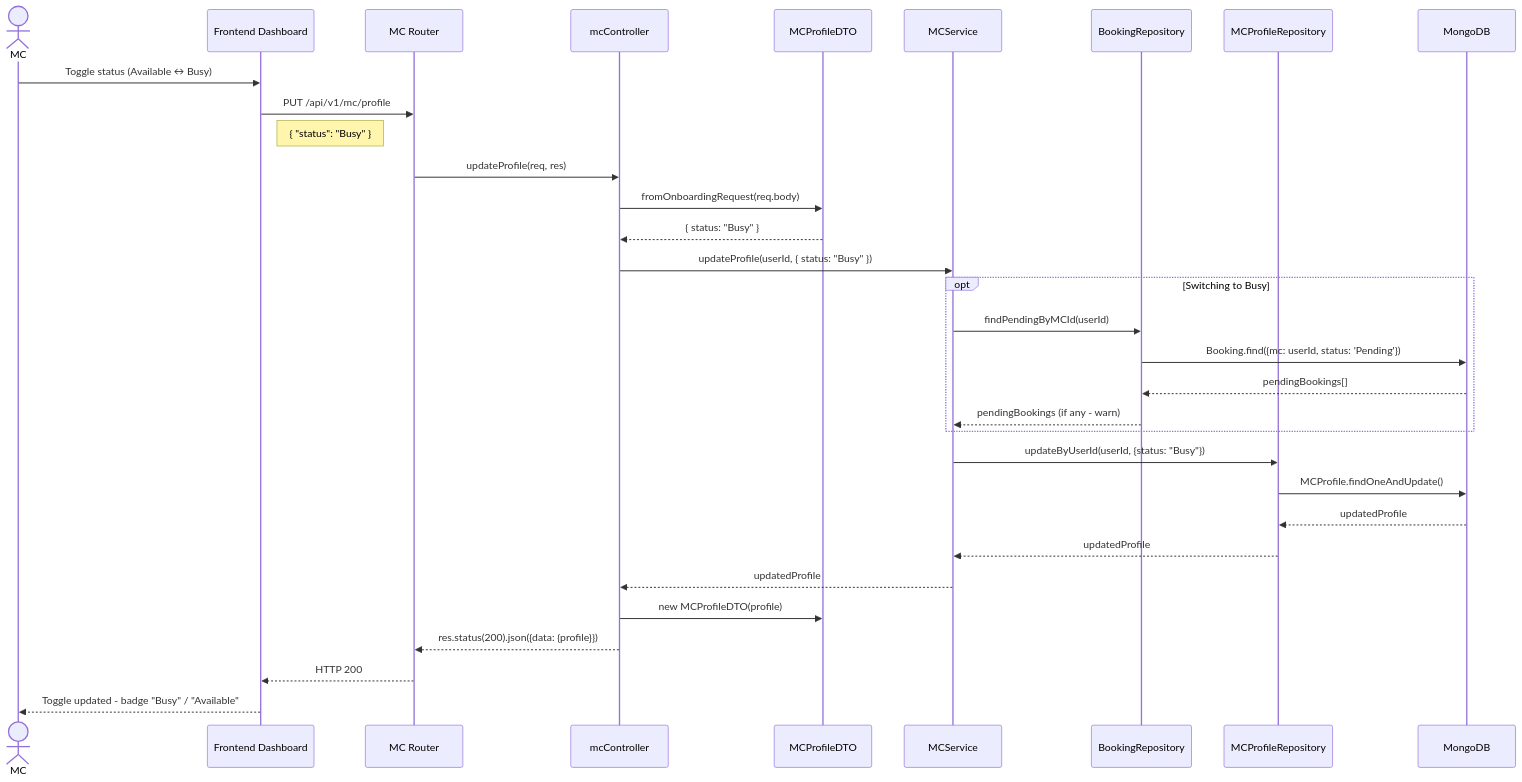
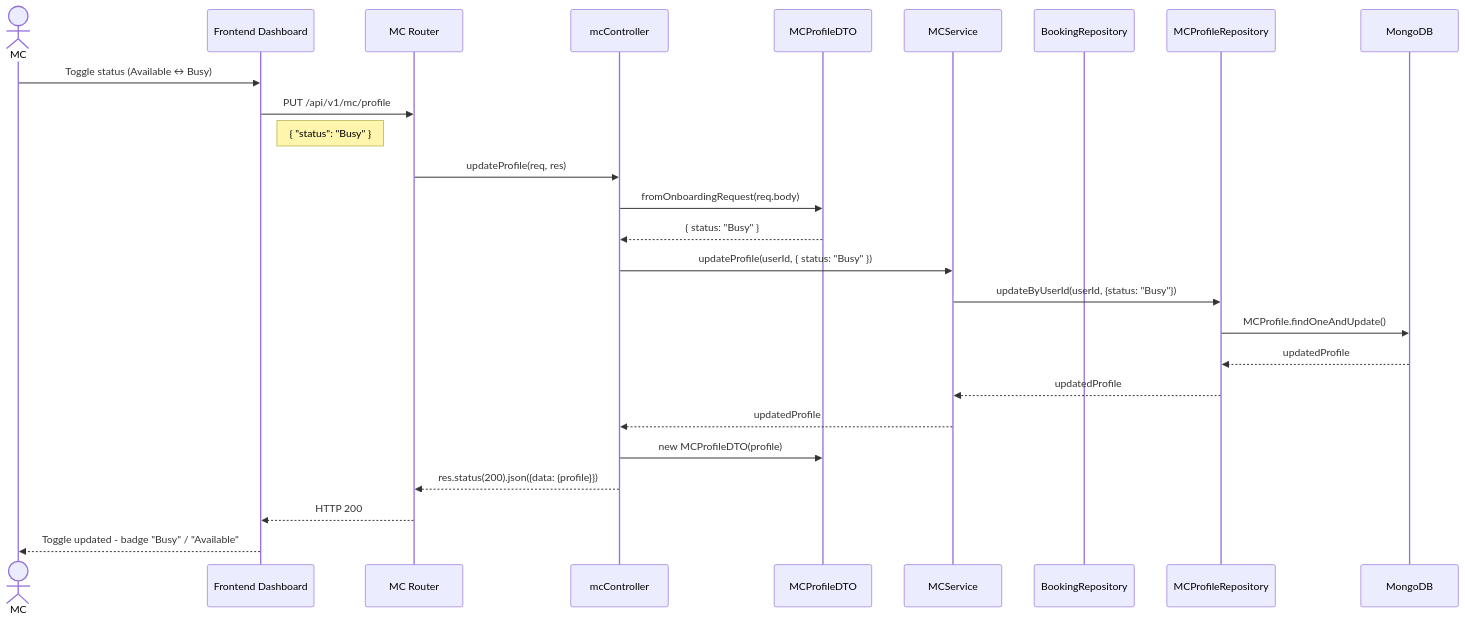
Before and after one commit to dat-21/SWD392: diagram 22 of 51 in UC_Diagrams_EN.md, drawn with Mermaid. The commit also changed other lines of this file and 1 other file, not shown here.

Commit message:
docs: Refine UC diagrams and flows for media upload, schedule, and availability management, removing complex backend checks and notification dispatches.

````diff
--- a/UC_Diagrams_EN.md
+++ b/UC_Diagrams_EN.md
@@ -817,37 +818,29 @@
 ```mermaid
 sequenceDiagram
     actor MC
     participant FE as Frontend Dashboard
     participant Router as MC Router
     participant Ctrl as mcController
     participant DTO as MCProfileDTO
     participant Svc as MCService
     participant BookRepo as BookingRepository
     participant McRepo as MCProfileRepository
     participant DB as MongoDB
 
     MC->>FE: Toggle status (Available ↔ Busy)
     FE->>Router: PUT /api/v1/mc/profile
     Note right of FE: { "status": "Busy" }
     Router->>Ctrl: updateProfile(req, res)
     Ctrl->>DTO: fromOnboardingRequest(req.body)
     DTO-->>Ctrl: { status: "Busy" }
     Ctrl->>Svc: updateProfile(userId, { status: "Busy" })
-    
-    opt Switching to Busy
-        Svc->>BookRepo: findPendingByMCId(userId)
-        BookRepo->>DB: Booking.find({mc: userId, status: 'Pending'})
-        DB-->>BookRepo: pendingBookings[]
-        BookRepo-->>Svc: pendingBookings (if any - warn)
-    end
-    
     Svc->>McRepo: updateByUserId(userId, {status: "Busy"})
     McRepo->>DB: MCProfile.findOneAndUpdate()
     DB-->>McRepo: updatedProfile
     McRepo-->>Svc: updatedProfile
     Svc-->>Ctrl: updatedProfile
     Ctrl->>DTO: new MCProfileDTO(profile)
     Ctrl-->>Router: res.status(200).json({data: {profile}})
     Router-->>FE: HTTP 200
     FE-->>MC: Toggle updated - badge "Busy" / "Available"
 ```
````
